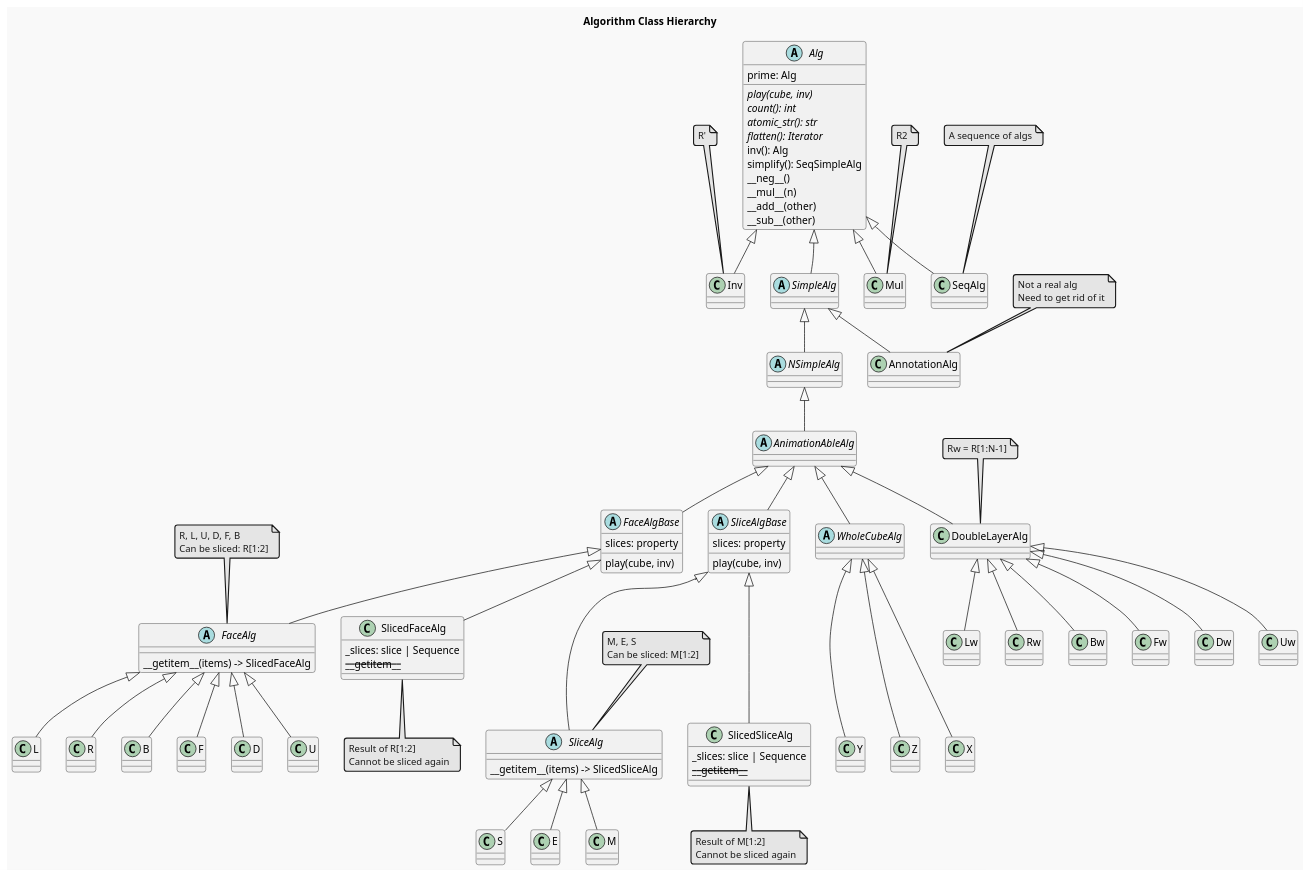
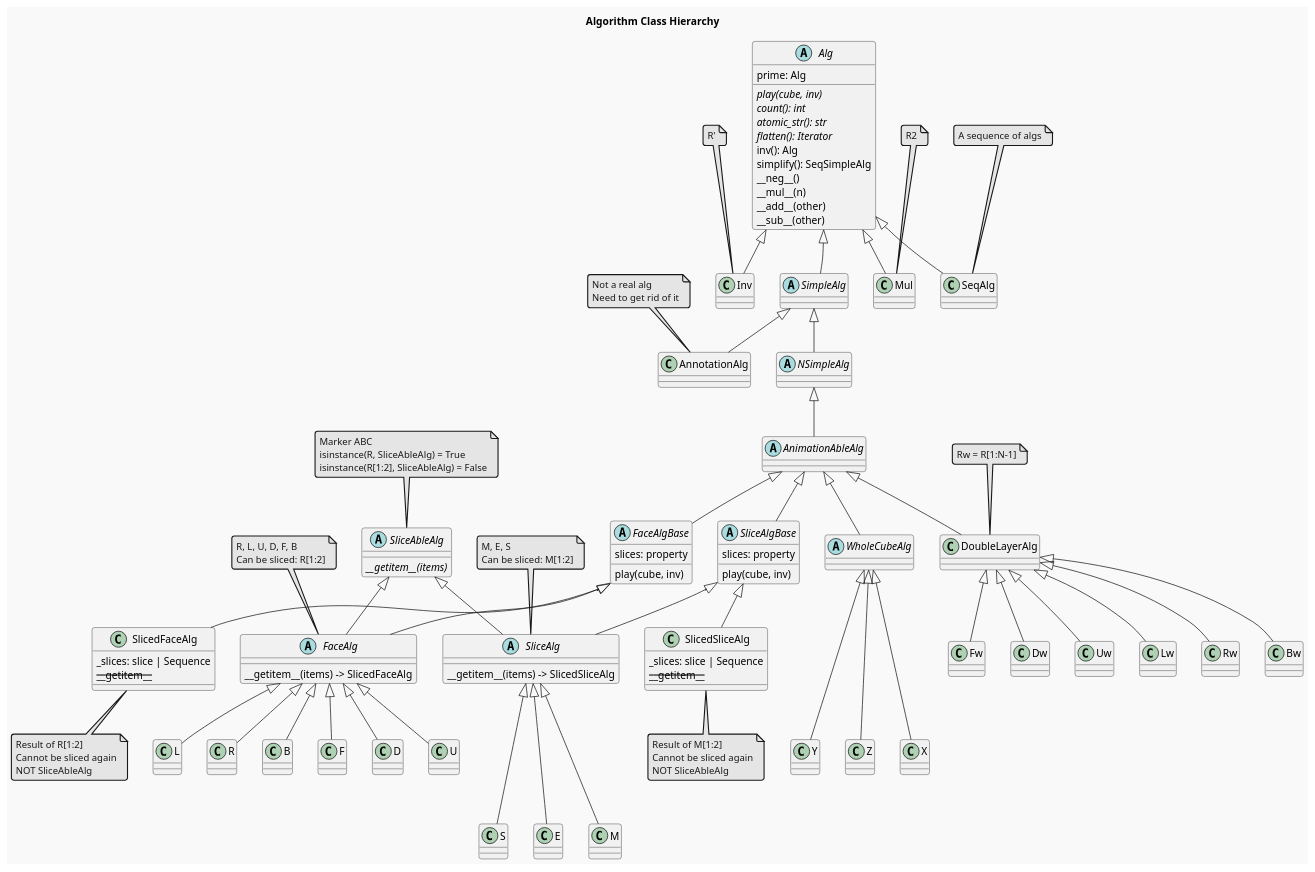
One commit to boaznahum/cubesolve changed the diagram in readme_files/algs.puml. Above: the diagram before and after it, drawn with PlantUML. The commit also changed 6 other files, not shown here.

First line of the commit message:
Restore SliceAbleAlg as marker ABC for isinstance checks

```diff
--- a/readme_files/algs.puml
+++ b/readme_files/algs.puml
@@ -1,152 +1,161 @@
 @startuml
 'https://plantuml.com/class-diagram
 
 !theme mars
 title Algorithm Class Hierarchy
 
 abstract class Alg {
     {abstract} play(cube, inv)
     {abstract} count(): int
     {abstract} atomic_str(): str
     {abstract} flatten(): Iterator
     inv(): Alg
     prime: Alg
     simplify(): SeqSimpleAlg
     __neg__()
     __mul__(n)
     __add__(other)
     __sub__(other)
 }
 
 together {
     abstract class SimpleAlg
     class Inv
     class Mul
     class SeqAlg
 }
 
 SimpleAlg -up[hidden]-> Alg
 Alg  <|--  SimpleAlg
 Alg  <|--  Inv
 Alg  <|--  Mul
 note top of Inv: R'
 note top of Mul: R2
 Alg <|-- SeqAlg
 note top of SeqAlg: A sequence of algs
 
 ' under SimpleAlg
 together {
     abstract class NSimpleAlg
     class AnnotationAlg
 
     SimpleAlg  <|--  NSimpleAlg
     SimpleAlg  <|--  AnnotationAlg
 }
 
 note top of AnnotationAlg: Not a real alg\nNeed to get rid of it
 
 ' Under NSimpleAlg
 together {
     abstract class AnimationAbleAlg
 }
 
 NSimpleAlg  <|--  AnimationAbleAlg
 
 'under AnimationAbleAlg - Base classes for Face and Slice algs
 together {
     abstract class FaceAlgBase {
         slices: property
         play(cube, inv)
     }
     abstract class SliceAlgBase {
         slices: property
         play(cube, inv)
     }
     abstract class WholeCubeAlg
     class DoubleLayerAlg
 }
 
 AnimationAbleAlg  <|--  FaceAlgBase
 AnimationAbleAlg  <|--  SliceAlgBase
 AnimationAbleAlg  <|--  WholeCubeAlg
 AnimationAbleAlg  <|--  DoubleLayerAlg
 
 note top of DoubleLayerAlg: Rw = R[1:N-1]
 
+' SliceAbleAlg - marker ABC for isinstance checks
+abstract class SliceAbleAlg {
+    {abstract} __getitem__(items)
+}
+
+note top of SliceAbleAlg: Marker ABC\nisinstance(R, SliceAbleAlg) = True\nisinstance(R[1:2], SliceAbleAlg) = False
+
 ' FaceAlg hierarchy - sliceable and sliced versions
 together {
     abstract class FaceAlg {
         __getitem__(items) -> SlicedFaceAlg
     }
     class SlicedFaceAlg {
         _slices: slice | Sequence
         <s>__getitem__</s>
     }
 }
 
 FaceAlgBase  <|--  FaceAlg
 FaceAlgBase  <|--  SlicedFaceAlg
+SliceAbleAlg  <|--  FaceAlg
 
 note top of FaceAlg: R, L, U, D, F, B\nCan be sliced: R[1:2]
-note bottom of SlicedFaceAlg: Result of R[1:2]\nCannot be sliced again
+note bottom of SlicedFaceAlg: Result of R[1:2]\nCannot be sliced again\nNOT SliceAbleAlg
 
 ' SliceAlg hierarchy - sliceable and sliced versions
 together {
     abstract class SliceAlg {
         __getitem__(items) -> SlicedSliceAlg
     }
     class SlicedSliceAlg {
         _slices: slice | Sequence
         <s>__getitem__</s>
     }
 }
 
 SliceAlgBase  <|--  SliceAlg
 SliceAlgBase  <|--  SlicedSliceAlg
+SliceAbleAlg  <|--  SliceAlg
 
 note top of SliceAlg: M, E, S\nCan be sliced: M[1:2]
-note bottom of SlicedSliceAlg: Result of M[1:2]\nCannot be sliced again
+note bottom of SlicedSliceAlg: Result of M[1:2]\nCannot be sliced again\nNOT SliceAbleAlg
 
 ' Concrete FaceAlg classes
 together  {
     FaceAlg <|-- U
     FaceAlg <|-- D
     FaceAlg <|-- F
     FaceAlg <|-- B
     FaceAlg <|-- R
     FaceAlg <|-- L
 }
 
 
 together  {
     DoubleLayerAlg <|-- Uw
     DoubleLayerAlg <|-- Dw
     DoubleLayerAlg <|-- Fw
     DoubleLayerAlg <|-- Bw
     DoubleLayerAlg <|-- Rw
     DoubleLayerAlg <|-- Lw
 }
 
 
 
 together  {
     WholeCubeAlg <|-- X
     WholeCubeAlg <|-- Y
     WholeCubeAlg <|-- Z
 }
 
 
 together  {
     SliceAlg <|-- M
     SliceAlg <|-- E
     SliceAlg <|-- S
 }
 
 ' try to make groups on under the other
 U -down[hidden]-> S
 Lw -down[hidden]-> X
 
 
 
 
 @enduml
```
